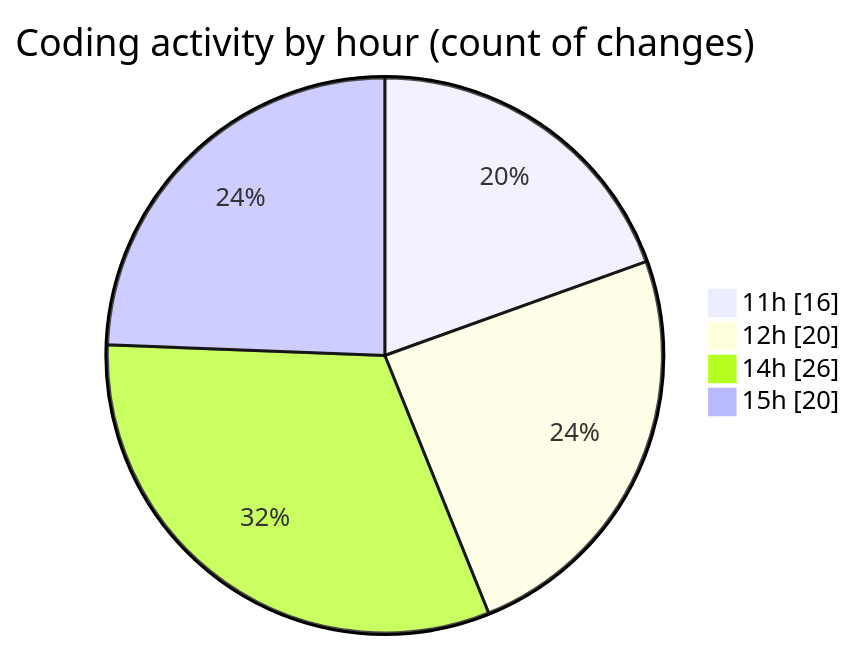
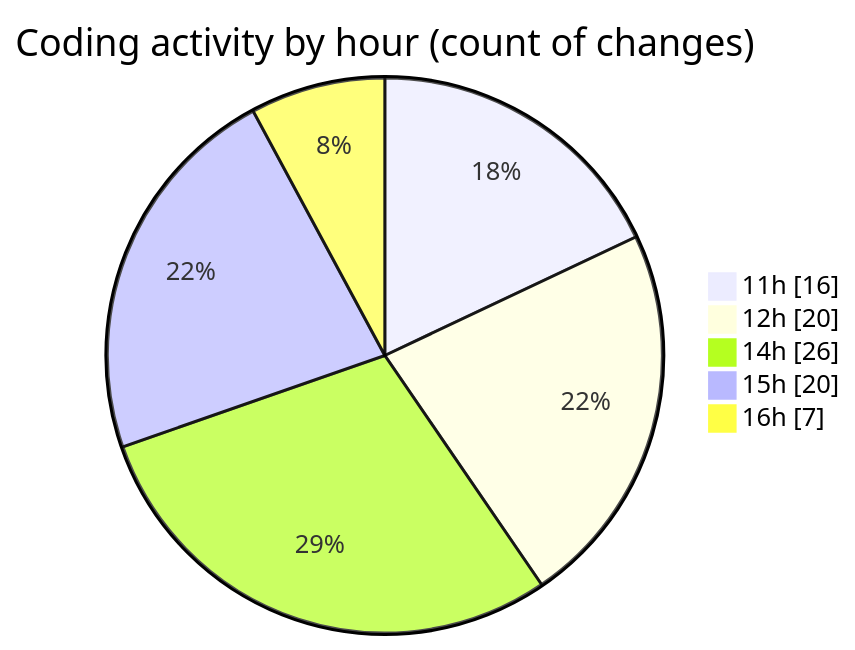
The second of 2 diagrams in 2025-03-26/back-end/README.md (Netris89/code-tracking), drawn with Mermaid before and after one commit. The commit also changed other lines of this file and 1 other file, not shown here.

````diff
--- a/2025-03-26/back-end/README.md
+++ b/2025-03-26/back-end/README.md
@@ -57,8 +57,9 @@
 ```mermaid
 pie showData
 title Coding activity by hour (count of changes)
 "11h" : 16
 "12h" : 20
 "14h" : 26
 "15h" : 20
+"16h" : 7
 ```
````
